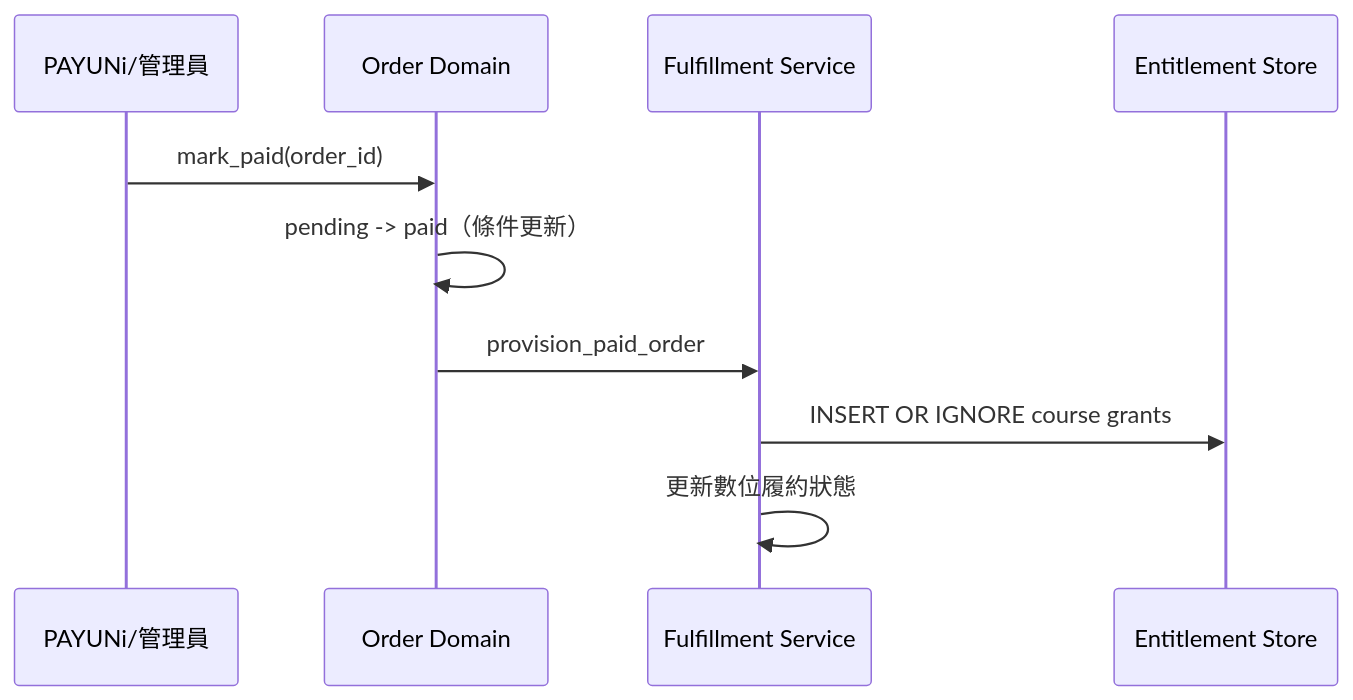
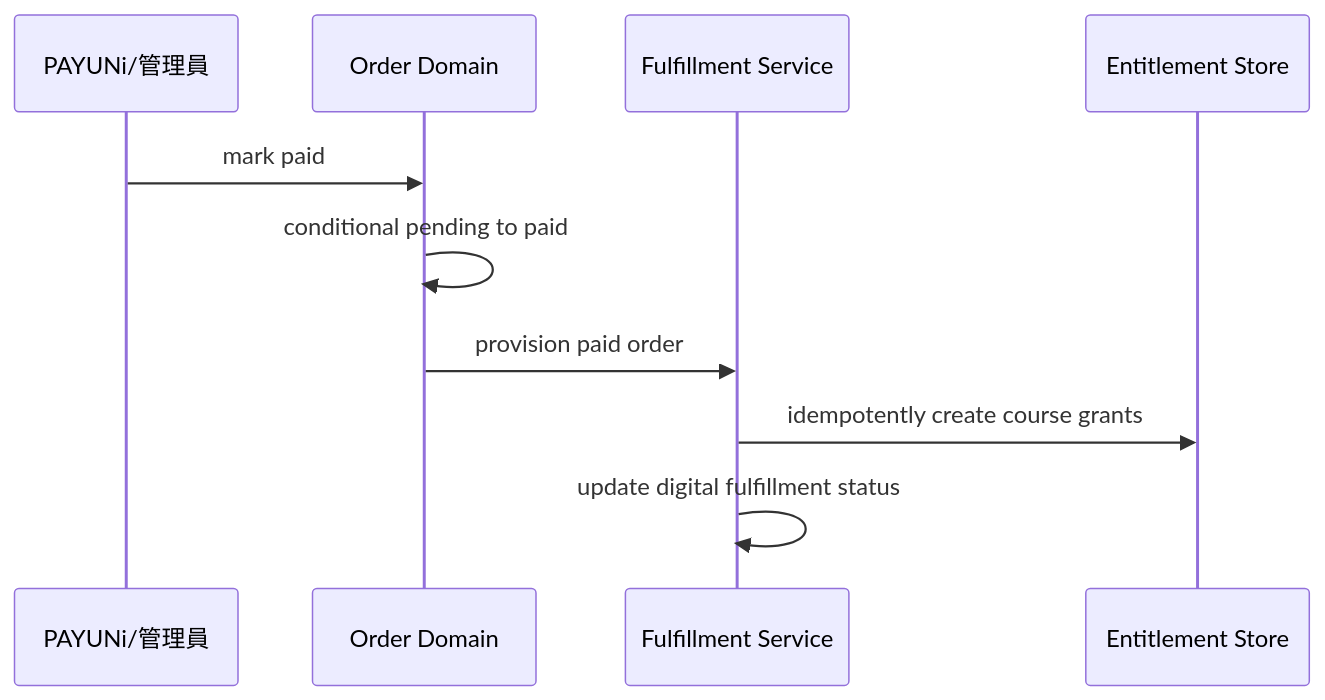
Before and after one commit to infixman/luma_studio: the third of 3 diagrams in docs/changes/plans/20260729-course-commerce-phase3-mixed-cart-checkout-fulfillment/design.md, drawn with Mermaid. The commit also changed 10 other files, not shown here.

````diff
--- a/docs/changes/plans/20260729-course-commerce-phase3-mixed-cart-checkout-fulfillment/design.md
+++ b/docs/changes/plans/20260729-course-commerce-phase3-mixed-cart-checkout-fulfillment/design.md
@@ -124,13 +124,13 @@
 ```mermaid
 sequenceDiagram
     participant Payment as PAYUNi/管理員
-    participant Order as Order Domain
-    participant Fulfillment as Fulfillment Service
-    participant Entitlement as Entitlement Store
+    participant OrderSvc as Order Domain
+    participant FulfillmentSvc as Fulfillment Service
+    participant EntitlementStore as Entitlement Store
 
-    Payment->>Order: mark_paid(order_id)
-    Order->>Order: pending -> paid（條件更新）
-    Order->>Fulfillment: provision_paid_order
-    Fulfillment->>Entitlement: INSERT OR IGNORE course grants
-    Fulfillment->>Fulfillment: 更新數位履約狀態
+    Payment->>OrderSvc: mark paid
+    OrderSvc->>OrderSvc: conditional pending to paid
+    OrderSvc->>FulfillmentSvc: provision paid order
+    FulfillmentSvc->>EntitlementStore: idempotently create course grants
+    FulfillmentSvc->>FulfillmentSvc: update digital fulfillment status
 ```
````
